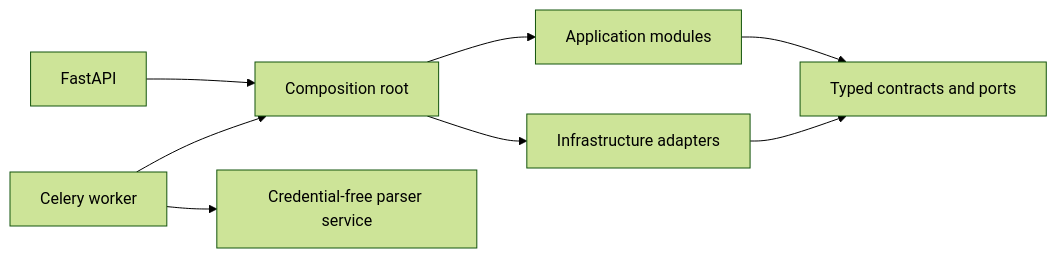
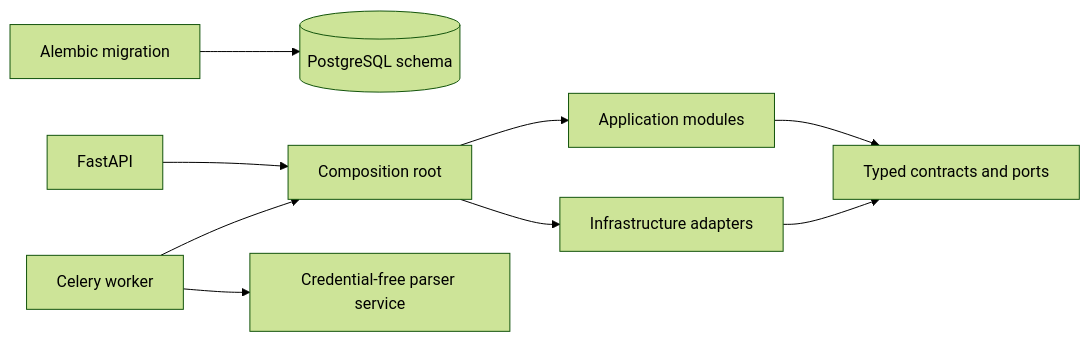
One commit to rnkraus/investment-research changed the diagram in backend/README.md. Above: the diagram before and after it, drawn with Mermaid (forest theme). The commit also changed other lines of this file and 6 other files, not shown here.

````diff
--- a/backend/README.md
+++ b/backend/README.md
@@ -24,10 +24,11 @@
 ```mermaid
 flowchart LR
+    MIGRATION[Alembic migration] --> DATABASE[(PostgreSQL schema)]
     API[FastAPI] --> BOOT[Composition root]
     WORKER[Celery worker] --> BOOT
     BOOT --> MODULES[Application modules]
     BOOT --> ADAPTERS[Infrastructure adapters]
     MODULES --> CONTRACTS[Typed contracts and ports]
     ADAPTERS --> CONTRACTS
     WORKER --> PARSER[Credential-free parser service]
 ```
````
